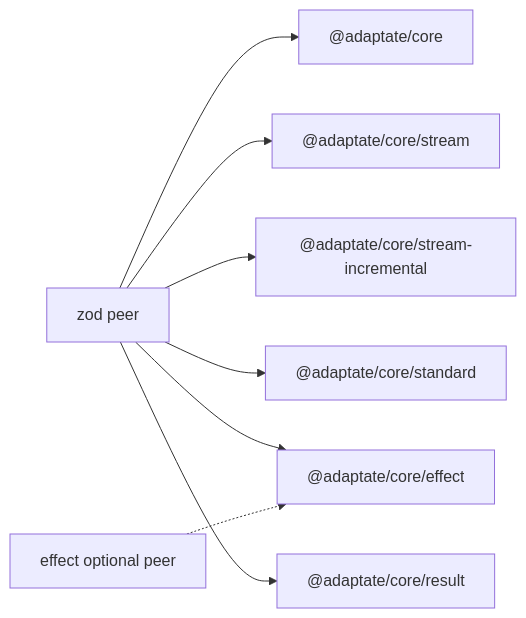
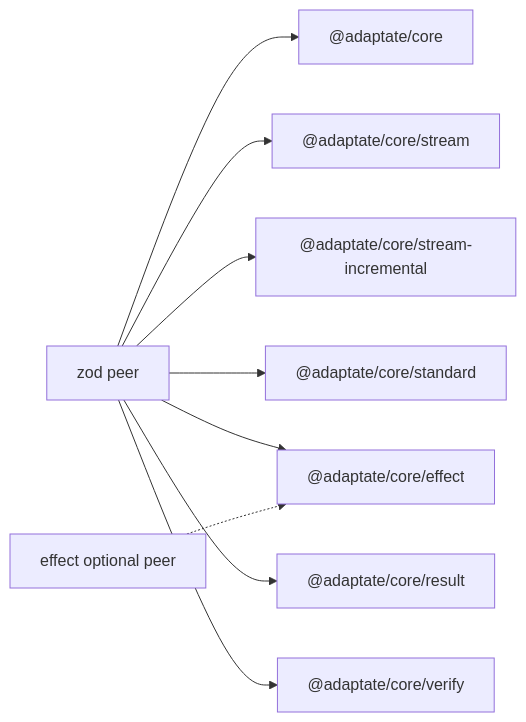
One commit to p10ns11y/adaptate changed the diagram in docs/subpaths.md. Above: the diagram before and after it, drawn with Mermaid. The commit also changed other lines of this file and 34 other files, not shown here.

````diff
--- a/docs/subpaths.md
+++ b/docs/subpaths.md
@@ -16,10 +16,11 @@
 ```mermaid
 flowchart LR
   zod["zod peer"] --> core["@adaptate/core"]
   zod --> stream["@adaptate/core/stream"]
   zod --> incremental["@adaptate/core/stream-incremental"]
   zod --> standard["@adaptate/core/standard"]
   zod --> effect["@adaptate/core/effect"]
   zod --> result["@adaptate/core/result"]
+  zod --> verify["@adaptate/core/verify"]
   effectPeer["effect optional peer"] -.-> effect
 ```
````
